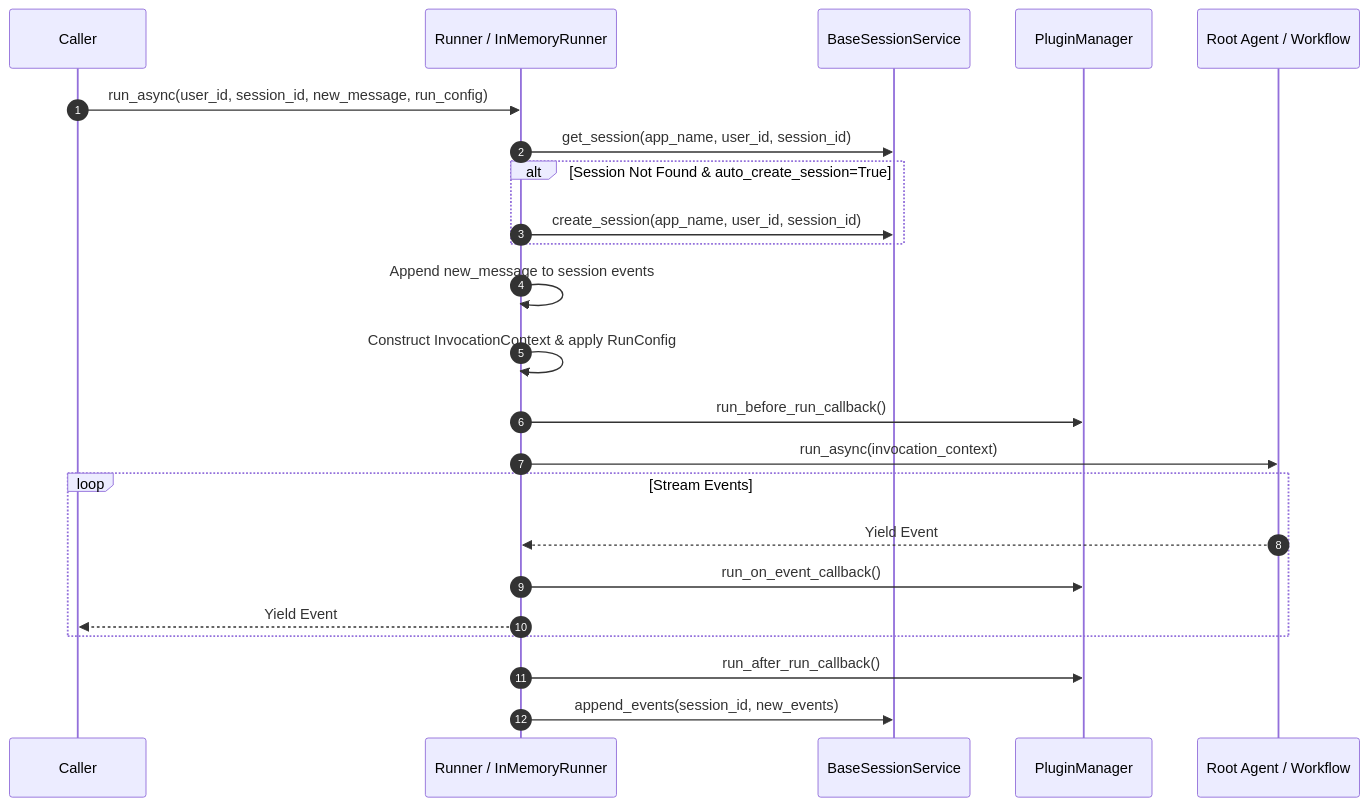
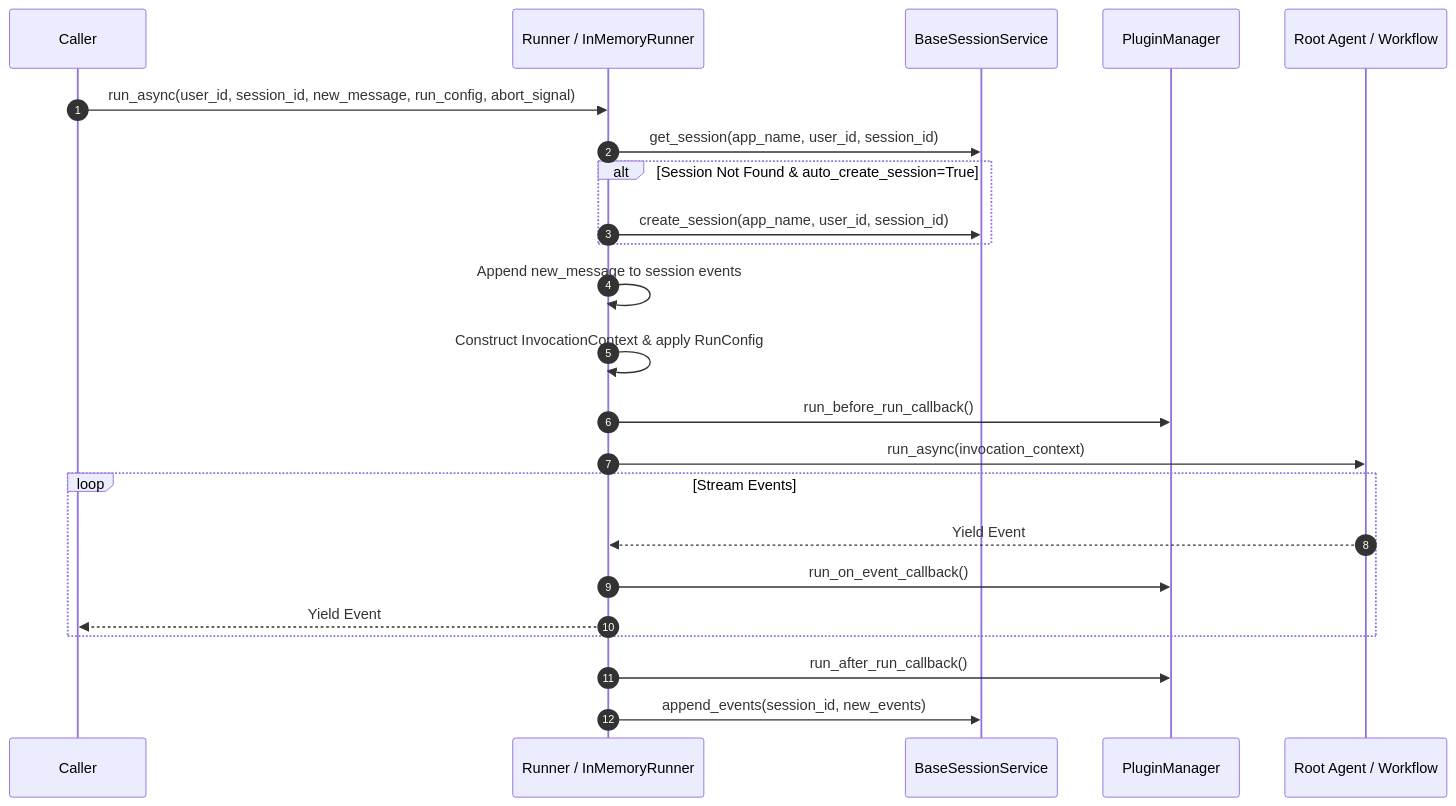
The diagram in docs/guides/runners/runner/index.md (venkateshpabbati/adk-python), drawn with Mermaid before and after one commit. The commit also changed other lines of this file and 8 other files, not shown here.

````diff
--- a/docs/guides/runners/runner/index.md
+++ b/docs/guides/runners/runner/index.md
@@ -59,26 +59,26 @@
 ```mermaid
 sequenceDiagram
     autonumber
     participant Caller
     participant Runner as Runner / InMemoryRunner
     participant Session as BaseSessionService
     participant Plugins as PluginManager
     participant Agent as Root Agent / Workflow
 
-    Caller->>Runner: run_async(user_id, session_id, new_message, run_config)
+    Caller->>Runner: run_async(user_id, session_id, new_message, run_config, abort_signal)
     Runner->>Session: get_session(app_name, user_id, session_id)
     alt Session Not Found & auto_create_session=True
         Runner->>Session: create_session(app_name, user_id, session_id)
     end
     Runner->>Runner: Append new_message to session events
     Runner->>Runner: Construct InvocationContext & apply RunConfig
     Runner->>Plugins: run_before_run_callback()
     Runner->>Agent: run_async(invocation_context)
     loop Stream Events
         Agent-->>Runner: Yield Event
         Runner->>Plugins: run_on_event_callback()
         Runner-->>Caller: Yield Event
     end
     Runner->>Plugins: run_after_run_callback()
     Runner->>Session: append_events(session_id, new_events)
 ```
````
